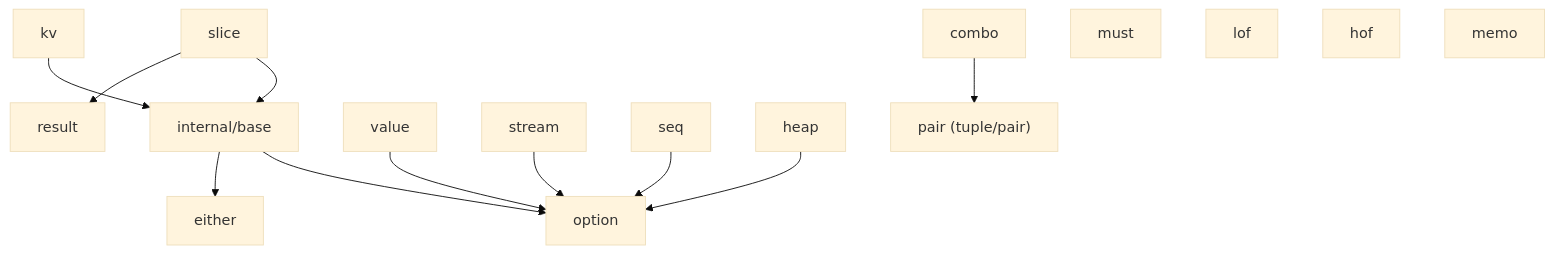
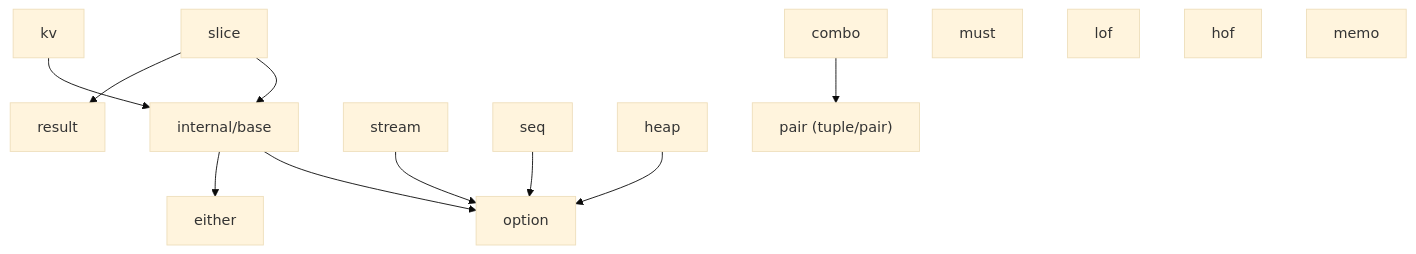
The diagram in docs/design.md (binaryphile/fluentfp), drawn with Mermaid (base theme) before and after one commit. The commit also changed other lines of this file and 17 other files, not shown here.

Commit message:
refactor!: delete value package, add option.When/WhenFunc, replace FirstNon* with cmp.Or

````diff
--- a/docs/design.md
+++ b/docs/design.md
@@ -7,19 +7,18 @@
 ```mermaid
 flowchart TD
     base["internal/base"] --> option
     base --> either
     slice --> base
     slice --> result
     kv --> base
-    value --> option
     result
     stream --> option
     seq --> option
     heap --> option
     combo --> pair
     pair["pair (tuple/pair)"]
     must
     lof
     hof
     memo
 ```
````
